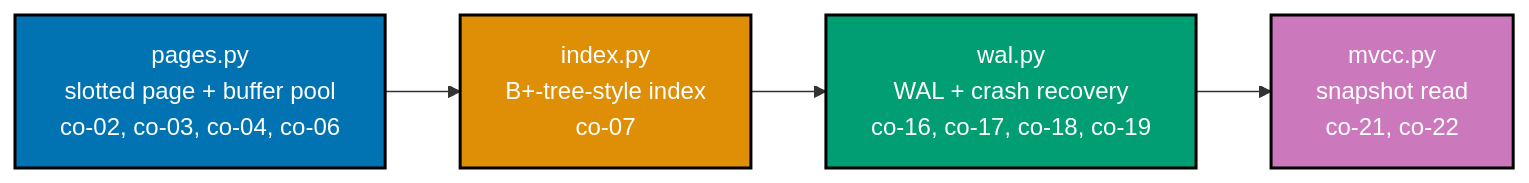
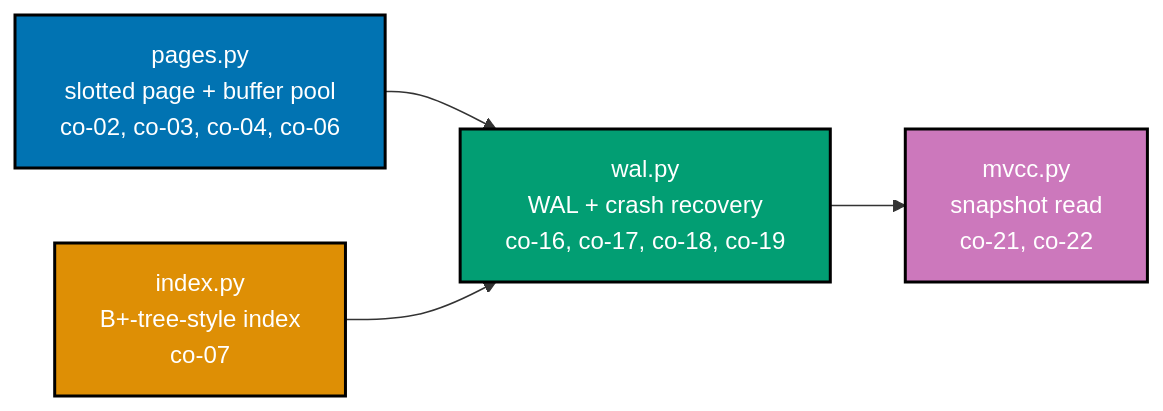
One commit to wahidyankf/open-sharia-fintech changed the diagram in apps/ayokoding-www/content/en/learn/courses/database-internals-and-storage-engines/learning/capstone/overview.md. Above: the diagram before and after it, drawn with Mermaid. The commit also changed other lines of this file and 2 other files, not shown here.

````diff
--- a/apps/ayokoding-www/content/en/learn/courses/database-internals-and-storage-engines/learning/capstone/overview.md
+++ b/apps/ayokoding-www/content/en/learn/courses/database-internals-and-storage-engines/learning/capstone/overview.md
@@ -20,14 +21,16 @@
 ```mermaid
 %% Color Palette: Blue #0173B2, Orange #DE8F05, Teal #029E73, Purple #CC78BC
 flowchart LR
     A["pages.py<br/>slotted page + buffer pool<br/>co-02, co-03, co-04, co-06"]:::blue
     B["index.py<br/>B+-tree-style index<br/>co-07"]:::orange
     C["wal.py<br/>WAL + crash recovery<br/>co-16, co-17, co-18, co-19"]:::teal
     D["mvcc.py<br/>snapshot read<br/>co-21, co-22"]:::purple
-    A --> B --> C --> D
+    A --> C
+    B --> C
+    C --> D
 
     classDef blue fill:#0173B2,stroke:#000000,color:#FFFFFF,stroke-width:2px
     classDef orange fill:#DE8F05,stroke:#000000,color:#FFFFFF,stroke-width:2px
     classDef teal fill:#029E73,stroke:#000000,color:#FFFFFF,stroke-width:2px
     classDef purple fill:#CC78BC,stroke:#000000,color:#FFFFFF,stroke-width:2px
 ```
````
